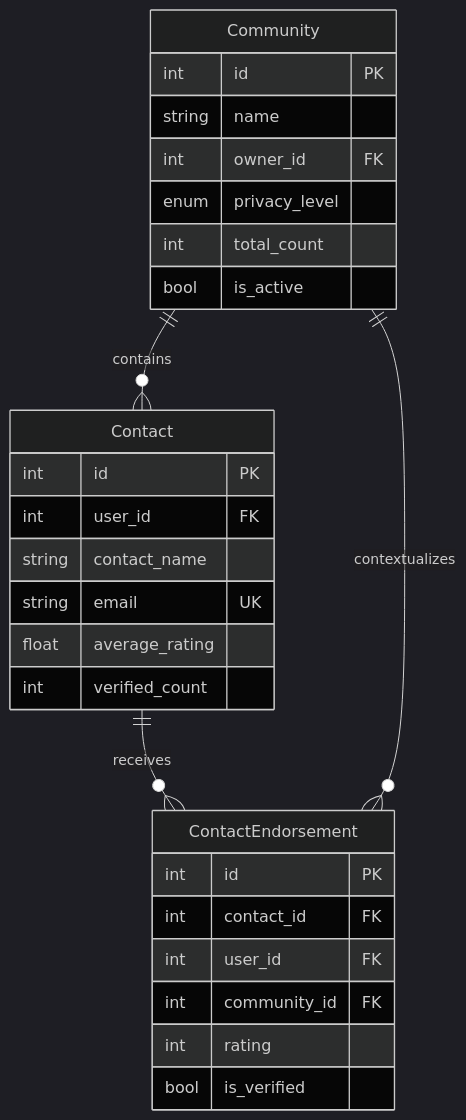
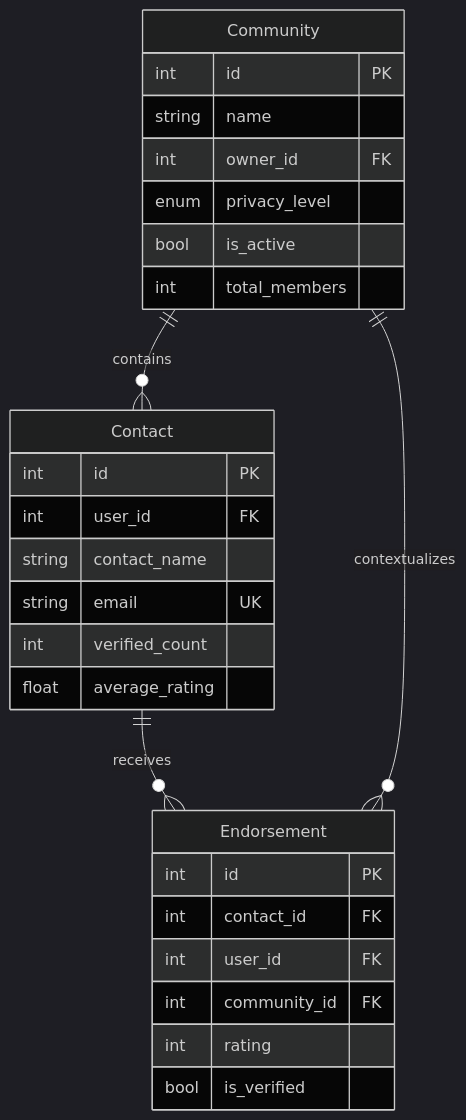
The fifth of 6 diagrams in docs/database-design.md (47products/Neighbour-Approved), drawn with Mermaid (dark theme) before and after one commit. The commit also changed other lines of this file and 8 other files, not shown here.

````diff
--- a/docs/database-design.md
+++ b/docs/database-design.md
@@ -185,33 +116,33 @@
 ```mermaid
 erDiagram
     Community {
         int id PK
         string name
         int owner_id FK
         enum privacy_level
-        int total_count
         bool is_active
+        int total_members
     }
-    
+
     Contact {
         int id PK
         int user_id FK
         string contact_name
         string email UK
+        int verified_count
         float average_rating
-        int verified_count
     }
-    
-    ContactEndorsement {
+
+    Endorsement {
         int id PK
         int contact_id FK
         int user_id FK
         int community_id FK
         int rating
         bool is_verified
     }
-    
-    Community ||--o{ Contact : contains
-    Contact ||--o{ ContactEndorsement : receives
-    Community ||--o{ ContactEndorsement : contextualizes
+
+    Community ||--o{ Contact : "contains"
+    Contact ||--o{ Endorsement : "receives"
+    Community ||--o{ Endorsement : "contextualizes"
 ```
````
